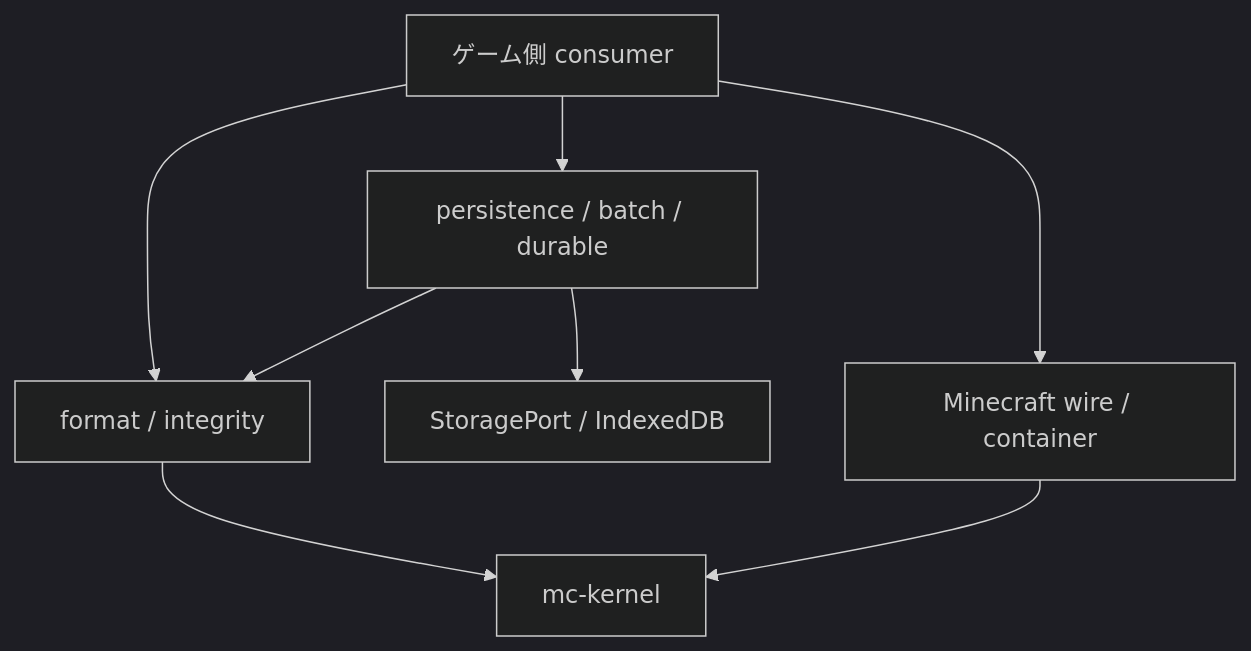
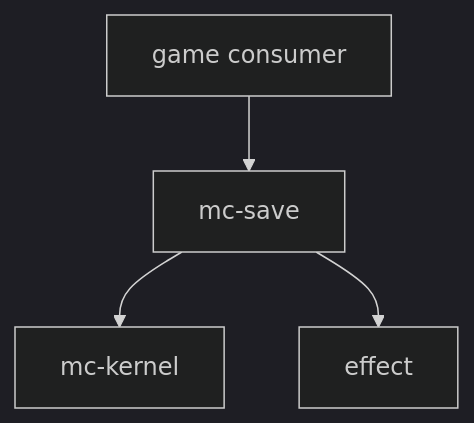
Before and after one commit to nerima-games/mc-save: the diagram in docs/architecture.md, drawn with Mermaid (dark theme). The commit also changed other lines of this file and 117 other files, not shown here.

First line of the commit message:
chore: migrate mc-save to Effect 4 and kernel 0.9 (#44)

````diff
--- a/docs/architecture.md
+++ b/docs/architecture.md
@@ -17,17 +19,11 @@
-~~~mermaid
+```mermaid
 graph TD
   kernel["mc-kernel"]
-  format["format / integrity"]
-  persistence["persistence / batch / durable"]
-  adapter["StoragePort / IndexedDB"]
-  minecraft["Minecraft wire / container"]
-  consumer["ゲーム側 consumer"]
+  effect["effect"]
+  save["mc-save"]
+  consumer["game consumer"]
 
-  format --> kernel
-  persistence --> format
-  persistence --> adapter
-  minecraft --> kernel
-  consumer --> format
-  consumer --> persistence
-  consumer --> minecraft
-~~~
+  save --> kernel
+  save --> effect
+  consumer --> save
+```
````
